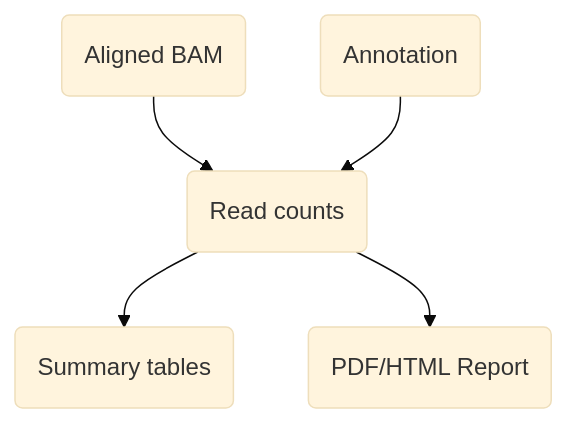
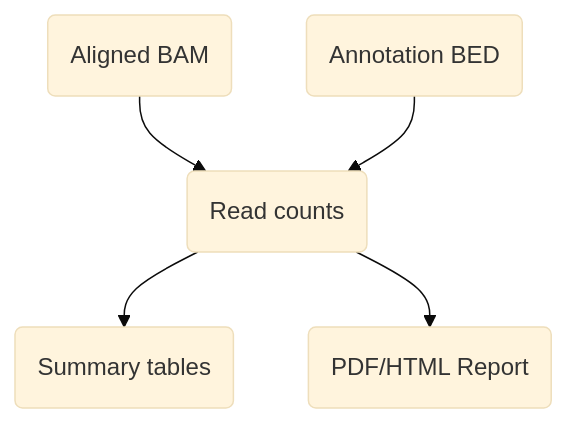
Before and after one commit to Magdoll/AAV: the diagram in workflows/laava/overview.md, drawn with Mermaid (base theme). The commit also changed 3 other files, not shown here.

````diff
--- a/workflows/laava/overview.md
+++ b/workflows/laava/overview.md
@@ -10,8 +10,8 @@
 ``` mermaid
 graph TD
 
 bam(Aligned BAM) --> counts(Read counts)
-anno(Annotation) --> counts
+anno(Annotation BED) --> counts
 counts --> sumtables(Summary tables)
 counts --> sumreport(PDF/HTML Report)
 ```
````
